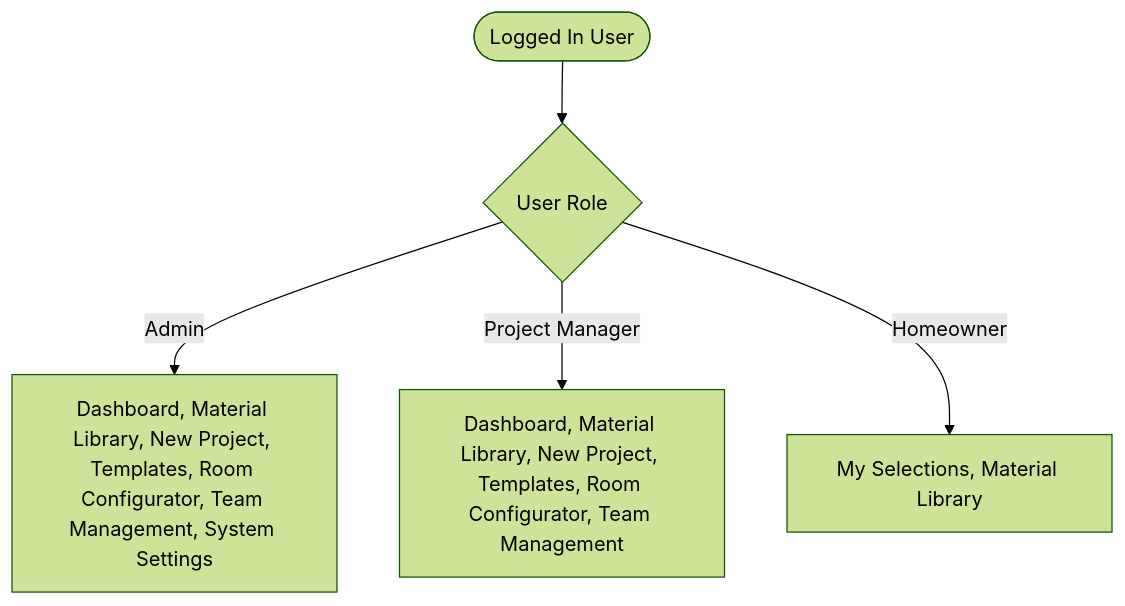
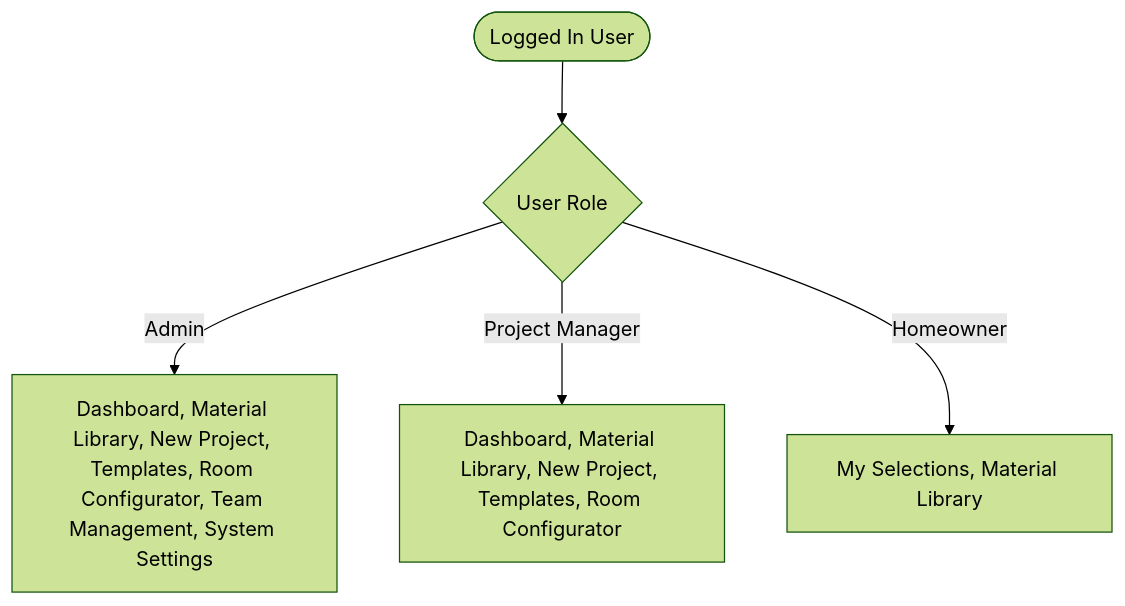
The first of 2 diagrams in Selections_v1_UserGuide.md (Abhi6686/2bn-Selections), drawn with Mermaid (forest theme) before and after one commit. The commit also changed other lines of this file, not shown here.

Commit message:
docs: restrict Team Management page access and update Selections_v1_UserGuide.md

````diff
--- a/Selections_v1_UserGuide.md
+++ b/Selections_v1_UserGuide.md
@@ -45,8 +45,8 @@
 ```mermaid
 graph TD
     User([Logged In User]) --> Role{User Role}
     
     Role -->|Admin| NavAdmin[Dashboard, Material Library, New Project, Templates, Room Configurator, Team Management, System Settings]
-    Role -->|Project Manager| NavPM[Dashboard, Material Library, New Project, Templates, Room Configurator, Team Management]
+    Role -->|Project Manager| NavPM[Dashboard, Material Library, New Project, Templates, Room Configurator]
     Role -->|Homeowner| NavHome[My Selections, Material Library]
 ```
````
